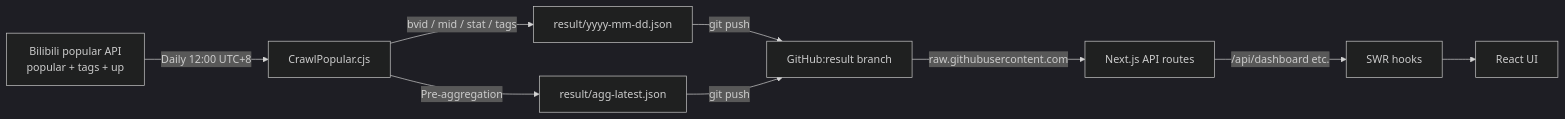
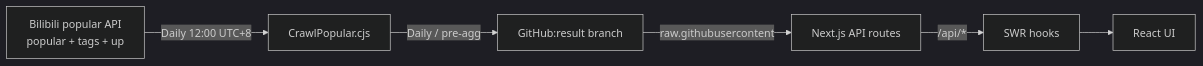
One commit to BlackishGreen33/BiliBili-Analyzer changed the diagram in README.en.md. Above: the diagram before and after it, drawn with Mermaid (dark theme). The commit also changed other lines of this file, not shown here.

````diff
--- a/README.en.md
+++ b/README.en.md
@@ -54,11 +67,8 @@
 ```mermaid
 graph LR
   A[Bilibili popular API<br>popular + tags + up] -->|Daily 12:00 UTC+8| B[CrawlPopular.cjs]
-  B -->|bvid / mid / stat / tags| C[result/yyyy-mm-dd.json]
-  B -->|Pre-aggregation| D[result/agg-latest.json]
-  C -->|git push| E[GitHub:result branch]
-  D -->|git push| E
-  E -->|raw.githubusercontent.com| F[Next.js API routes]
-  F -->|/api/dashboard etc.| G[SWR hooks]
-  G --> H[React UI]
+  B -->|Daily / pre-agg| C[GitHub:result branch]
+  C -->|raw.githubusercontent| D[Next.js API routes]
+  D -->|/api/*| E[SWR hooks]
+  E --> F[React UI]
 ```
````
